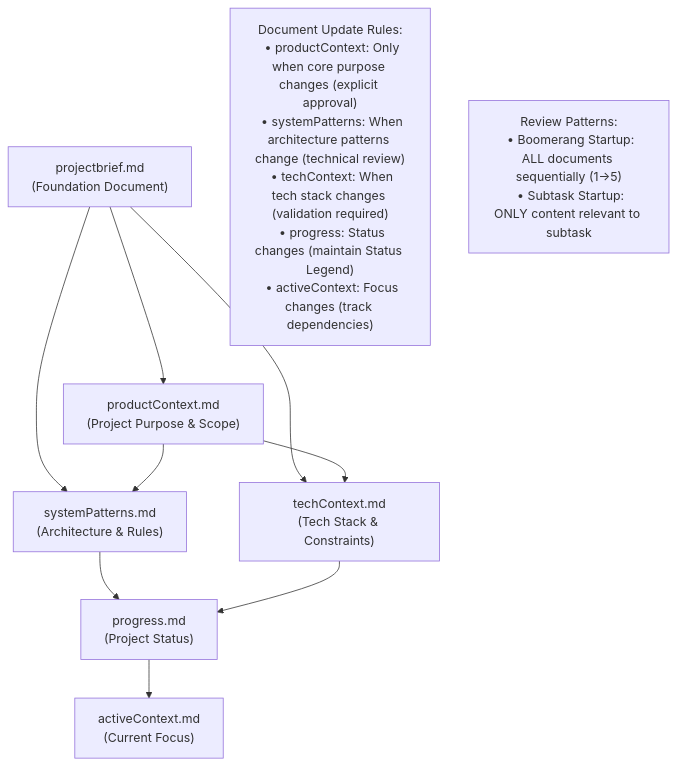
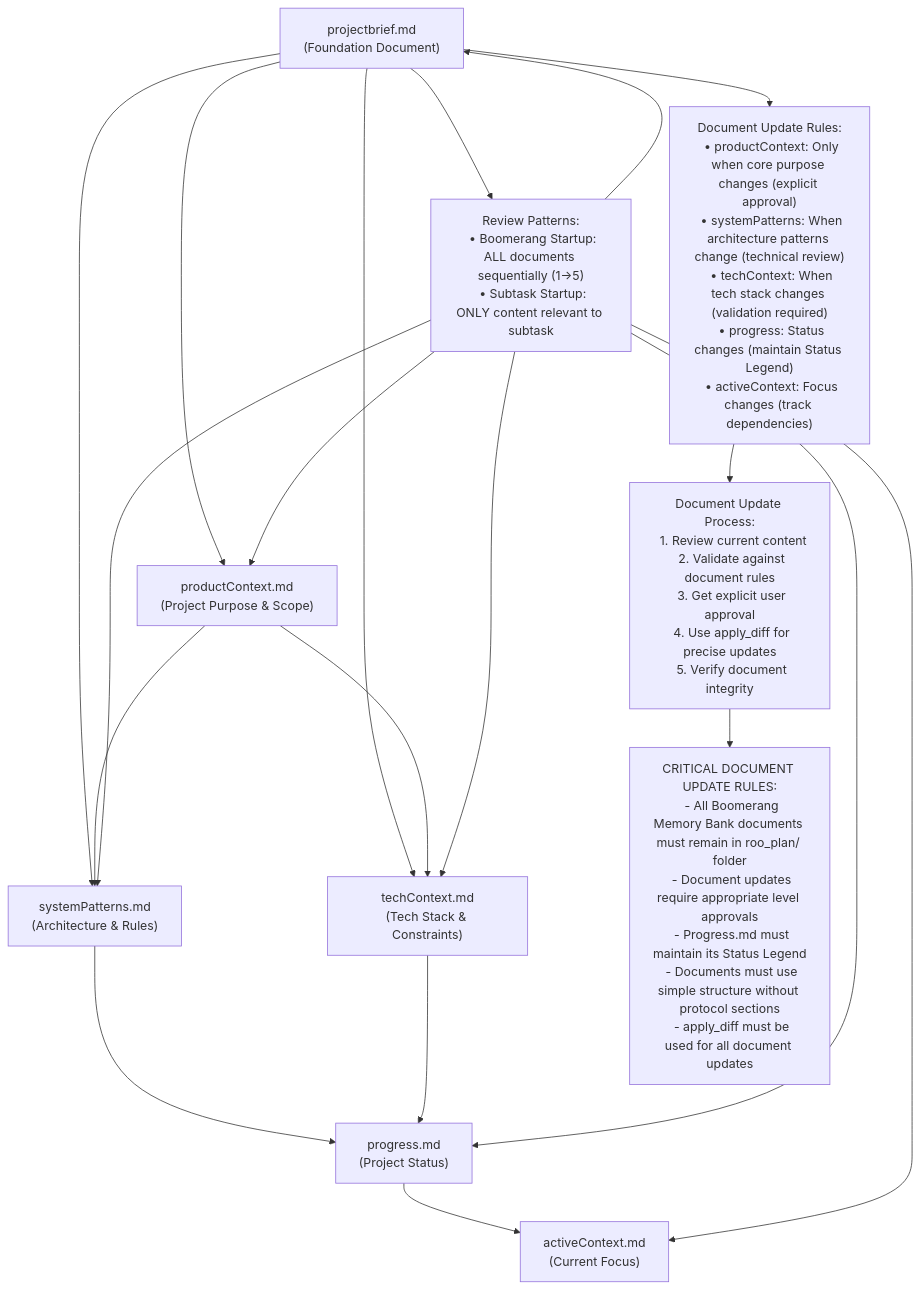
One commit to Siroopfles/DiscordCleaning changed the second of 3 diagrams in README.md. Above: the diagram before and after it, drawn with Mermaid. The commit also changed other lines of this file and 57 other files, not shown here.

````diff
--- a/README.md
+++ b/README.md
@@ -55,28 +53,60 @@
 ```mermaid
 graph TD
   %% Document hierarchy with clear labels
   PB["projectbrief.md<br>(Foundation Document)"] --> PC
   PB --> SP
   PB --> TC
   
   PC["productContext.md<br>(Project Purpose & Scope)"] --> SP
   PC --> TC
   
   SP["systemPatterns.md<br>(Architecture & Rules)"] --> PR
   TC["techContext.md<br>(Tech Stack & Constraints)"] --> PR
   
   PR["progress.md<br>(Project Status)"] --> AC
   AC["activeContext.md<br>(Current Focus)"]
   
+  %% Connect document hierarchy to update rules and processes
+  PB --> UpdateRules
+  PB --> ReviewPatterns
+  
   %% Document update and review rules
   UpdateRules["Document Update Rules:
   • productContext: Only when core purpose changes (explicit approval)
   • systemPatterns: When architecture patterns change (technical review)
   • techContext: When tech stack changes (validation required)
   • progress: Status changes (maintain Status Legend)
   • activeContext: Focus changes (track dependencies)"]
   
+  UpdateRules --> UpdateProcess
+  
   ReviewPatterns["Review Patterns:
   • Boomerang Startup: ALL documents sequentially (1→5)
   • Subtask Startup: ONLY content relevant to subtask"]
+  
+  %% Document update process
+  UpdateProcess["Document Update Process:
+  1. Review current content
+  2. Validate against document rules
+  3. Get explicit user approval
+  4. Use apply_diff for precise updates
+  5. Verify document integrity"]
+  
+  UpdateProcess --> CriticalRules
+  
+  %% Critical document update rules
+  CriticalRules["CRITICAL DOCUMENT UPDATE RULES:
+  - All Boomerang Memory Bank documents must remain in roo_plan/ folder
+  - Document updates require appropriate level approvals
+  - Progress.md must maintain its Status Legend
+  - Documents must use simple structure without protocol sections
+  - apply_diff must be used for all document updates"]
+  
+  %% Connect review patterns to documents
+  ReviewPatterns --> PB
+  ReviewPatterns --> PC
+  ReviewPatterns --> SP
+  ReviewPatterns --> TC
+  ReviewPatterns --> PR
+  ReviewPatterns --> AC
 ```
````
